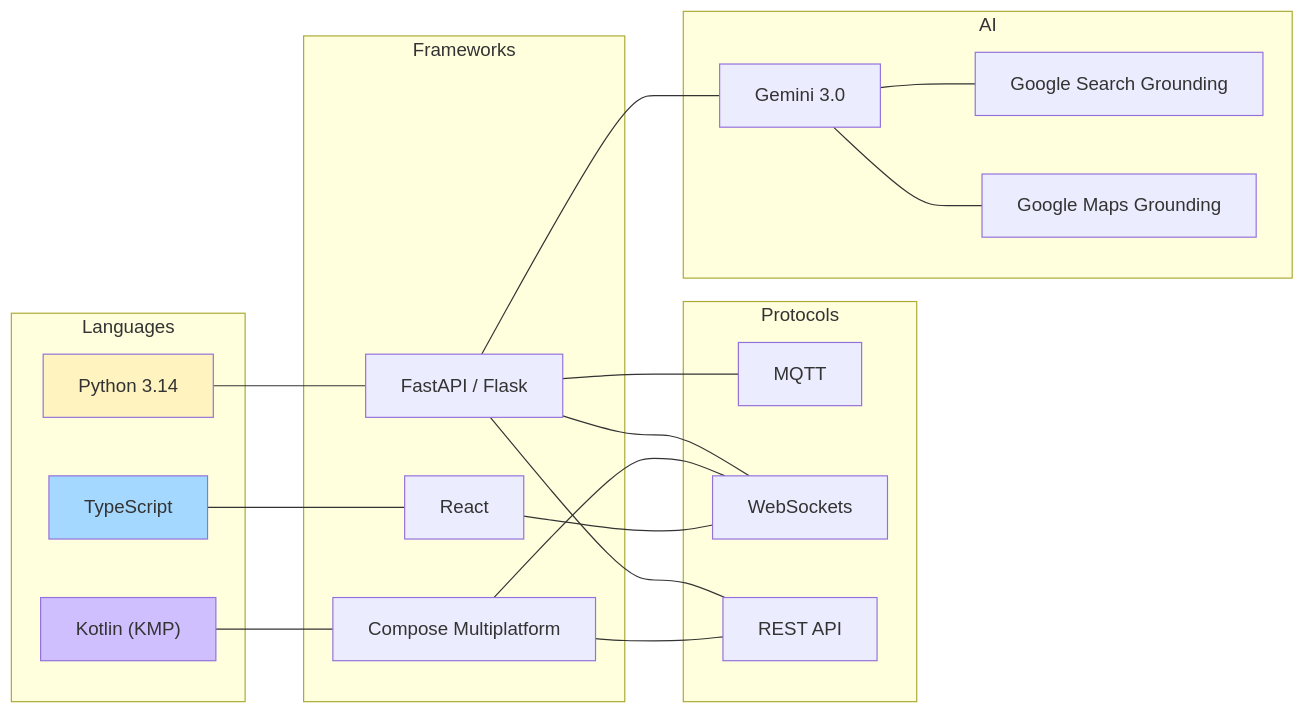
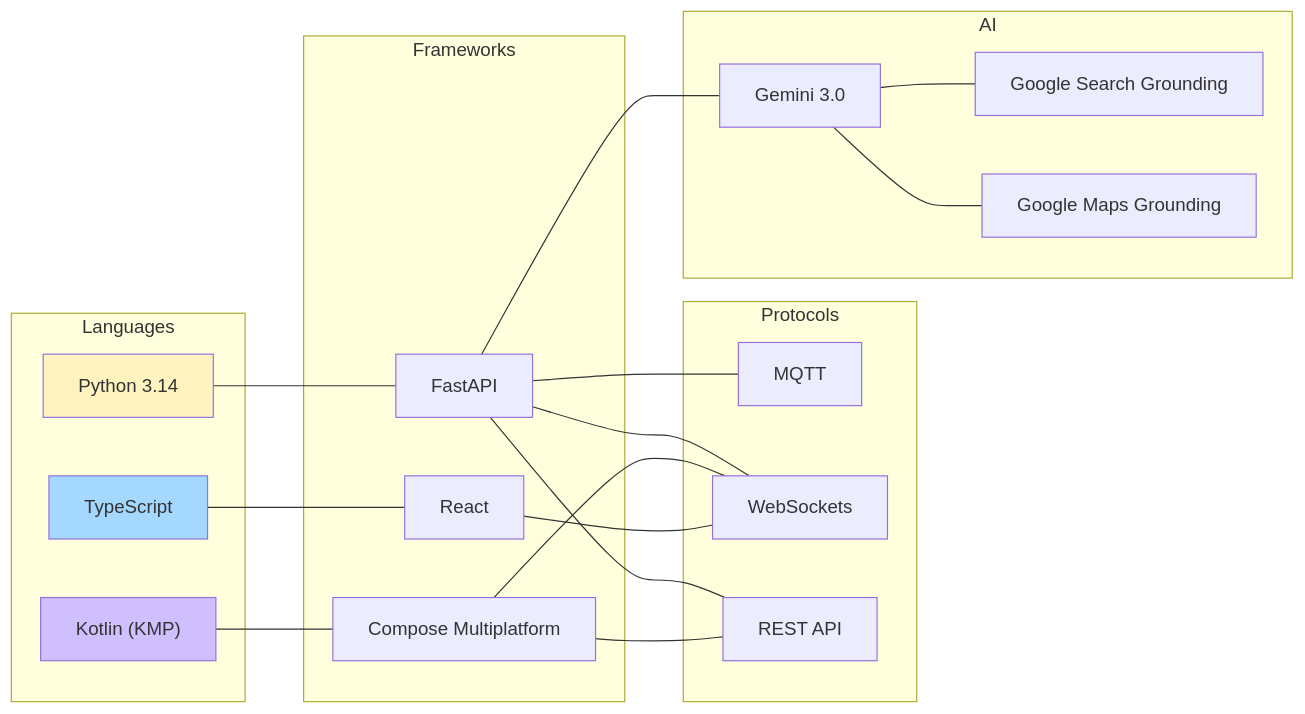
Diagram 12 of 12 in docs/architecture.md (sussdorff/soft-landing), drawn with Mermaid before and after one commit. The commit also changed other lines of this file and 5 other files, not shown here.

First line of the commit message:
docs: record architecture decisions, create monorepo structure

````diff
--- a/docs/architecture.md
+++ b/docs/architecture.md
@@ -508,46 +508,46 @@
 ```mermaid
 graph LR
     subgraph Languages
         PY["Python 3.14"]
         KT["Kotlin (KMP)"]
         TS["TypeScript"]
     end
 
     subgraph Frameworks
-        FAST["FastAPI / Flask"]
+        FAST["FastAPI"]
         COMPOSE["Compose Multiplatform"]
         REACT["React"]
     end
 
     subgraph Protocols
         MQTT["MQTT"]
         WSP["WebSockets"]
         REST["REST API"]
     end
 
     subgraph AI
         GEM["Gemini 3.0"]
         GROUND_S["Google Search Grounding"]
         GROUND_M["Google Maps Grounding"]
     end
 
     PY --- FAST
     KT --- COMPOSE
     TS --- REACT
 
     FAST --- REST
     FAST --- WSP
     FAST --- MQTT
 
     COMPOSE --- REST
     COMPOSE --- WSP
     REACT --- WSP
 
     FAST --- GEM
     GEM --- GROUND_S
     GEM --- GROUND_M
 
     style PY fill:#fff3bf
     style KT fill:#d0bfff
     style TS fill:#a5d8ff
 ```
````
